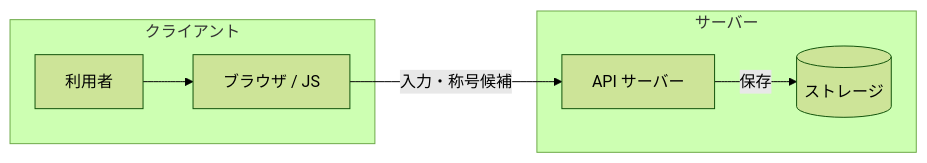
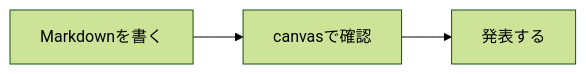
Before and after one commit to runceel/github-copilot-app-presentation: the diagram in slides.md, drawn with Mermaid (forest theme). The commit also changed other lines of this file, not shown here.

````diff
--- a/slides.md
+++ b/slides.md
@@ -51,16 +96,5 @@
 ```mermaid
 flowchart LR
-    subgraph Client[クライアント]
-        U[利用者]
-        B[ブラウザ / JS]
-    end
-
-    subgraph Server[サーバー]
-        API[API サーバー]
-        DB[(ストレージ)]
-    end
-
-    U --> B
-    B -->|入力・称号候補| API
-    API -->|保存| DB
+    A[Markdownを書く] --> B[canvasで確認]
+    B --> C[発表する]
 ```
````
